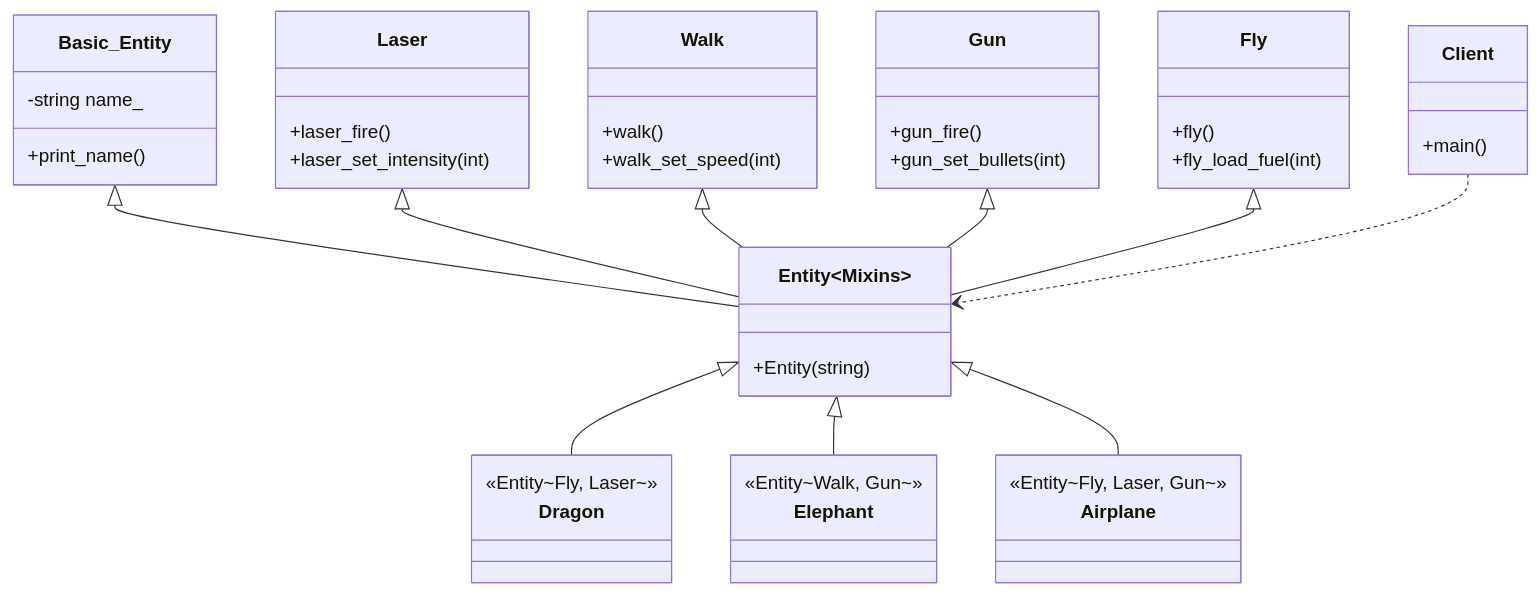
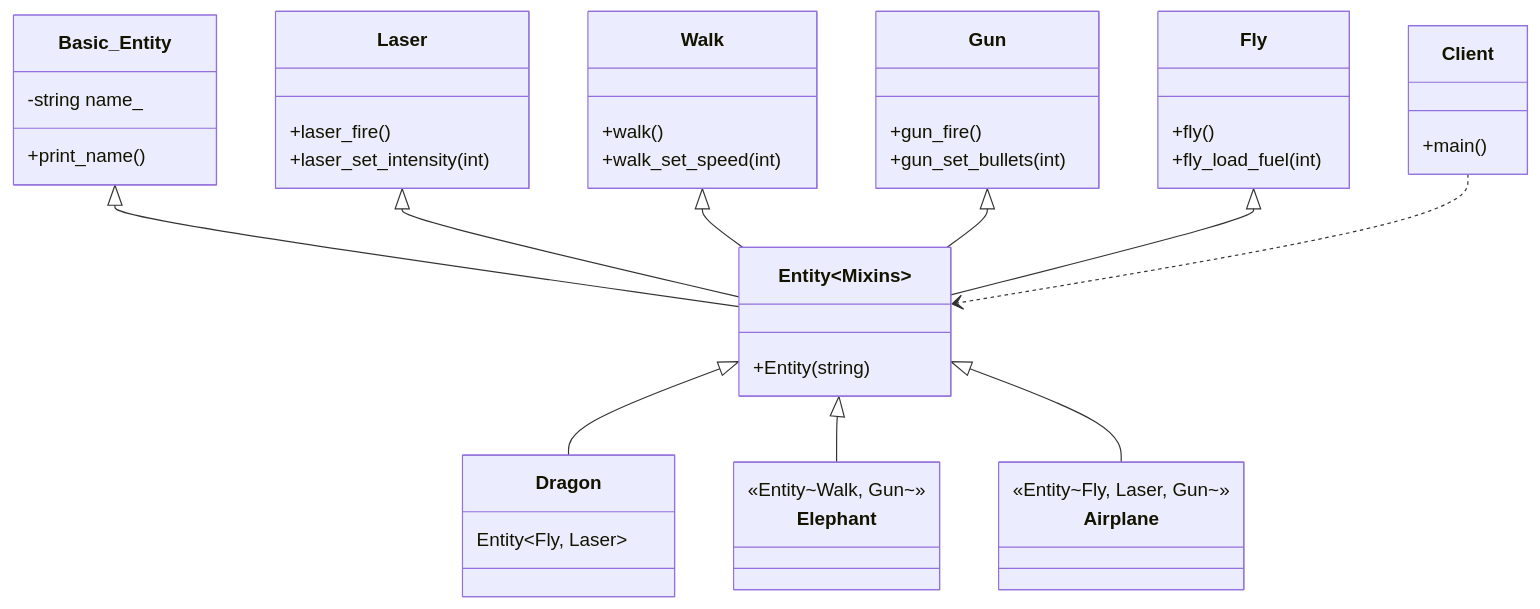
The diagram in 15_Mixin/01_Simple/diagram.md (Cichlidfishexigency721/Modern-CPP-Design-Patterns), drawn with Mermaid before and after one commit.

Commit message:
UML improvement

````diff
--- a/15_Mixin/01_Simple/diagram.md
+++ b/15_Mixin/01_Simple/diagram.md
@@ -3,56 +3,56 @@
 ```mermaid
 classDiagram
    class Basic_Entity {
       -string name_
       +print_name()
    }
 
    class Laser {
       +laser_fire()
       +laser_set_intensity(int)
    }
 
    class Walk {
       +walk()
       +walk_set_speed(int)
    }
 
    class Gun {
       +gun_fire()
       +gun_set_bullets(int)
    }
 
    class Fly {
       +fly()
       +fly_load_fuel(int)
    }
 
    class Entity~Mixins~ {
       +Entity(string)
    }
 
    class Client {
       +main()
    }
 
    %% Specific Entities defined by type aliases in the code
-   class Dragon { <<Entity~Fly, Laser~>> }
+   class Dragon { Entity~Fly, Laser~ }
    class Elephant { <<Entity~Walk, Gun~>> }
    class Airplane { <<Entity~Fly, Laser, Gun~>> }
 
    %% Multiple Inheritance (Horizontal Composition)
    %% Inheritance arrows do not use multiplicity numbers
    Basic_Entity <|-- Entity~Mixins~
    Laser <|-- Entity~Mixins~
    Walk <|-- Entity~Mixins~
    Gun <|-- Entity~Mixins~
    Fly <|-- Entity~Mixins~
 
    %% Relationships for specific types
    Entity~Mixins~ <|-- Dragon
    Entity~Mixins~ <|-- Elephant
    Entity~Mixins~ <|-- Airplane
 
    %% Dependency - No numbers
    Client ..> Entity~Mixins~
 ```
````
